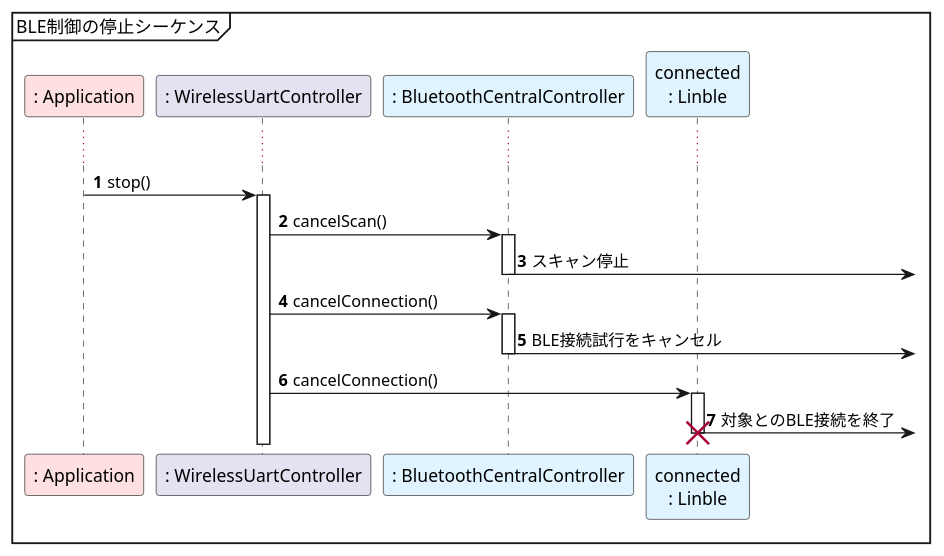
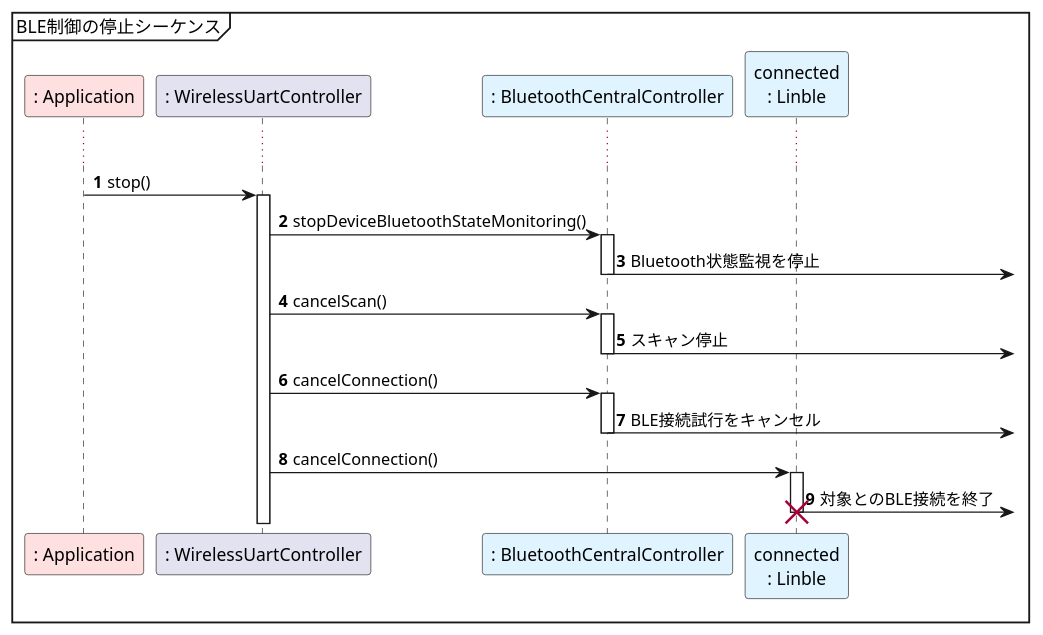
Diagram 12 of 16 in plantuml.md (musen-connect-inc/linble-sample-wireless-uart), drawn with PlantUML before and after one commit. The commit also changed 2 other files, not shown here.

Commit message:
BLE制御の終了セクションに、Bluetooth状態監視の停止について追記

````diff
--- a/plantuml.md
+++ b/plantuml.md
@@ -558,34 +558,39 @@
 ```plantuml
 @startuml sequence_stop
 
 mainframe BLE制御の停止シーケンス
 
 participant ": Application" as Application #ffe0e0
 participant ": WirelessUartController" as WirelessUartController
 participant ": BluetoothCentralController" as BluetoothCentralController #e0f4ff
 participant "connected\n: Linble" as Linble #e0f4ff
 
 autonumber
 
 ...
 
 Application -> WirelessUartController: stop()
 activate WirelessUartController
+
+WirelessUartController -> BluetoothCentralController: stopDeviceBluetoothStateMonitoring()
+activate BluetoothCentralController
+BluetoothCentralController ->]: Bluetooth状態監視を停止
+deactivate BluetoothCentralController
 
 WirelessUartController -> BluetoothCentralController: cancelScan()
 activate BluetoothCentralController
 BluetoothCentralController ->]: スキャン停止
 deactivate BluetoothCentralController
 
 WirelessUartController -> BluetoothCentralController: cancelConnection()
 activate BluetoothCentralController
 BluetoothCentralController ->]: BLE接続試行をキャンセル
 deactivate BluetoothCentralController
 
 WirelessUartController -> Linble: cancelConnection()
 activate Linble
 Linble ->]: 対象とのBLE接続を終了
 destroy Linble
 
 @enduml
 ```
````
